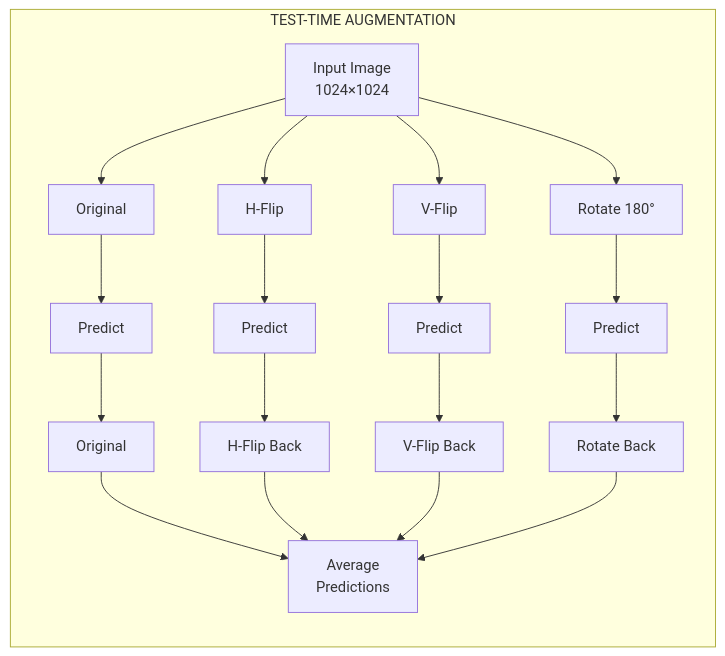
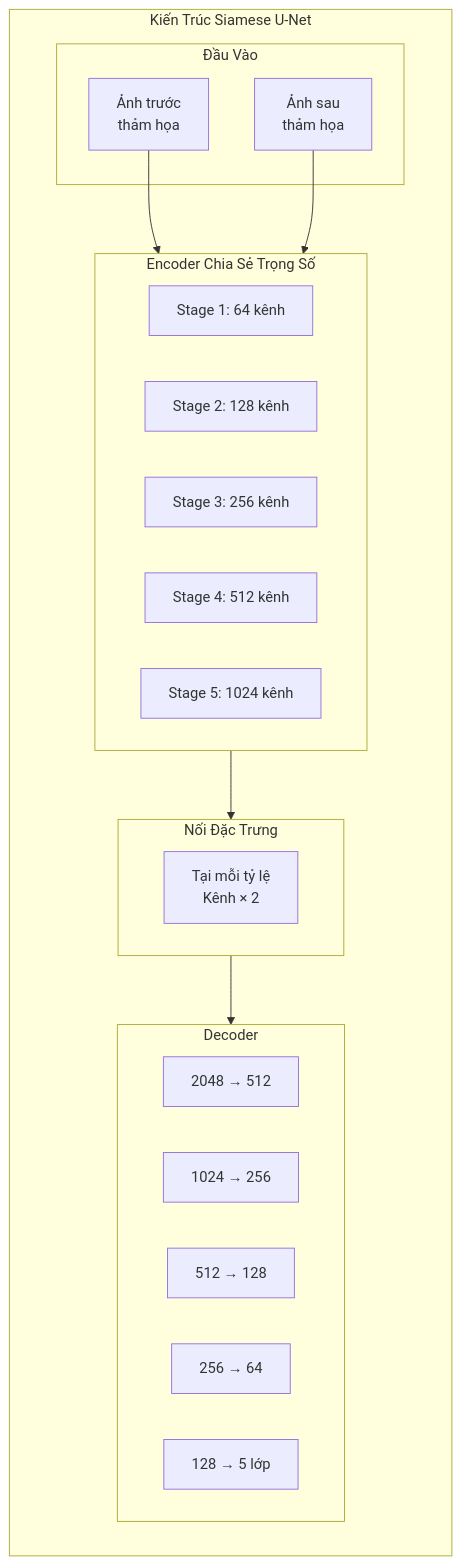
The third of 5 diagrams in research/chuong-06-xview-challenges/muc-02-xview2-building-damage/02-giai-nhat.md (rerangst/geobayai_lab), drawn with Mermaid before and after one commit. The commit also changed other lines of this file and 18 other files, not shown here.

````diff
--- a/research/chuong-06-xview-challenges/muc-02-xview2-building-damage/02-giai-nhat.md
+++ b/research/chuong-06-xview-challenges/muc-02-xview2-building-damage/02-giai-nhat.md
@@ -273,32 +93,35 @@
 ```mermaid
-flowchart LR
-    subgraph TTA["TEST-TIME AUGMENTATION"]
+flowchart TB
+    subgraph SIAMESE["Kiến Trúc Siamese U-Net"]
         direction TB
-        IMG["Input Image<br/>1024×1024"]
 
-        AUG1["Original"]
-        AUG2["H-Flip"]
-        AUG3["V-Flip"]
-        AUG4["Rotate 180°"]
+        subgraph INPUT["Đầu Vào"]
+            PRE["Ảnh trước<br/>thảm họa"]
+            POST["Ảnh sau<br/>thảm họa"]
+        end
 
-        IMG --> AUG1
-        IMG --> AUG2
-        IMG --> AUG3
-        IMG --> AUG4
+        subgraph ENCODER["Encoder Chia Sẻ Trọng Số"]
+            E1["Stage 1: 64 kênh"]
+            E2["Stage 2: 128 kênh"]
+            E3["Stage 3: 256 kênh"]
+            E4["Stage 4: 512 kênh"]
+            E5["Stage 5: 1024 kênh"]
+        end
 
-        AUG1 --> PRED1["Predict"]
-        AUG2 --> PRED2["Predict"]
-        AUG3 --> PRED3["Predict"]
-        AUG4 --> PRED4["Predict"]
+        subgraph FUSION["Nối Đặc Trưng"]
+            F1["Tại mỗi tỷ lệ<br/>Kênh × 2"]
+        end
 
-        PRED1 --> INV1["Original"]
-        PRED2 --> INV2["H-Flip Back"]
-        PRED3 --> INV3["V-Flip Back"]
-        PRED4 --> INV4["Rotate Back"]
+        subgraph DECODER["Decoder"]
+            D5["2048 → 512"]
+            D4["1024 → 256"]
+            D3["512 → 128"]
+            D2["256 → 64"]
+            D1["128 → 5 lớp"]
+        end
 
-        INV1 --> AVG["Average<br/>Predictions"]
-        INV2 --> AVG
-        INV3 --> AVG
-        INV4 --> AVG
+        PRE --> ENCODER
+        POST --> ENCODER
+        ENCODER --> FUSION --> DECODER
     end
 ```
````
